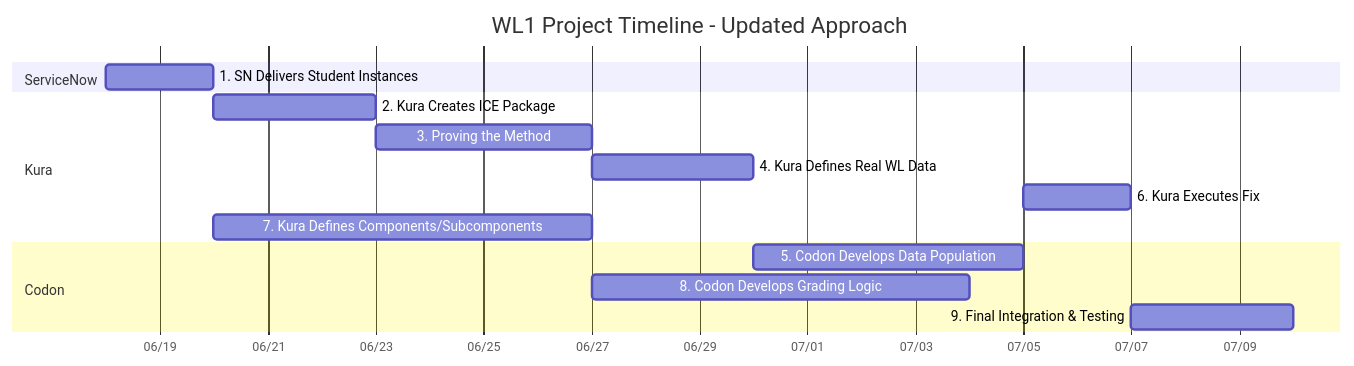
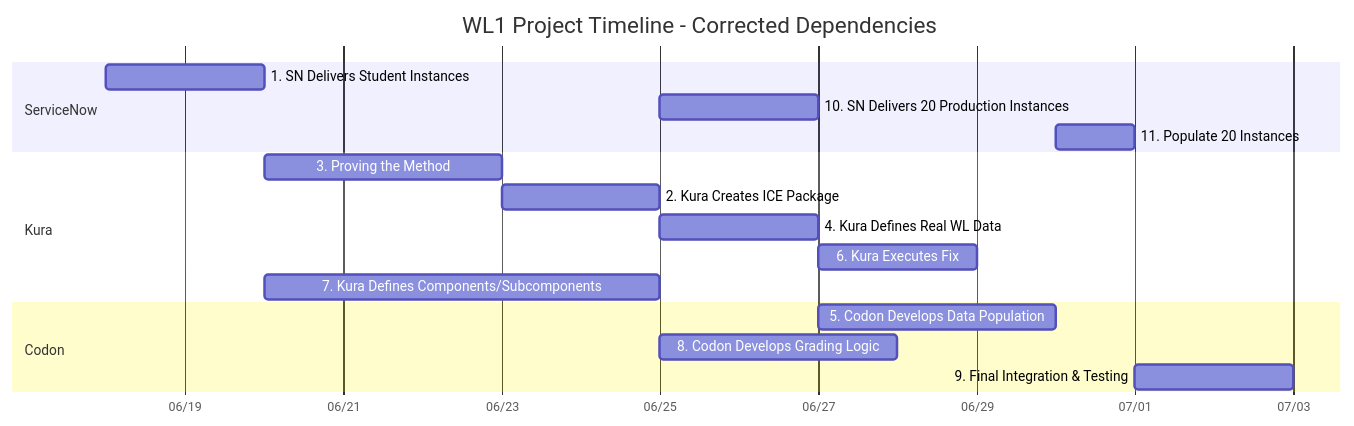
The diagram in readme.md (elmorenox/wl1_mermaid), drawn with Mermaid before and after one commit. The commit also changed other lines of this file, not shown here.

````diff
--- a/readme.md
+++ b/readme.md
@@ -5,21 +5,23 @@
 ```mermaid
 gantt
-    title WL1 Project Timeline - Updated Approach
+    title WL1 Project Timeline - Corrected Dependencies
     dateFormat YYYY-MM-DD
     axisFormat %m/%d
     
     section ServiceNow
     1. SN Delivers Student Instances      :sn1, 2025-06-18, 2025-06-20
+    10. SN Delivers 20 Production Instances :sn10, after k2, 2d
+    11. Populate 20 Instances             :sn11, after c5, 1d
     
     section Kura
-    2. Kura Creates ICE Package           :k2, after sn1, 3d
-    3. Proving the Method                 :k3, after k2, 4d
-    4. Kura Defines Real WL Data          :k4, after k3, 3d
-    6. Kura Executes Fix                  :k6, after c5, 2d
-    7. Kura Defines Components/Subcomponents :k7, 2025-06-20, 2025-06-27
+    3. Proving the Method                 :k3, after sn1, 3d
+    2. Kura Creates ICE Package           :k2, after k3, 2d
+    4. Kura Defines Real WL Data          :k4, after k2, 2d
+    6. Kura Executes Fix                  :k6, after k4, 2d
+    7. Kura Defines Components/Subcomponents :k7, 2025-06-20, 2025-06-25
     
     section Codon
-    5. Codon Develops Data Population     :c5, after k4, 5d
-    8. Codon Develops Grading Logic       :c8, after k7, 7d
-    9. Final Integration & Testing        :c9, after k6 c8, 3d
+    5. Codon Develops Data Population     :c5, after k4, 3d
+    8. Codon Develops Grading Logic       :c8, after k7, 3d
+    9. Final Integration & Testing        :c9, after sn11 c8 k6, 2d
 ```
````
